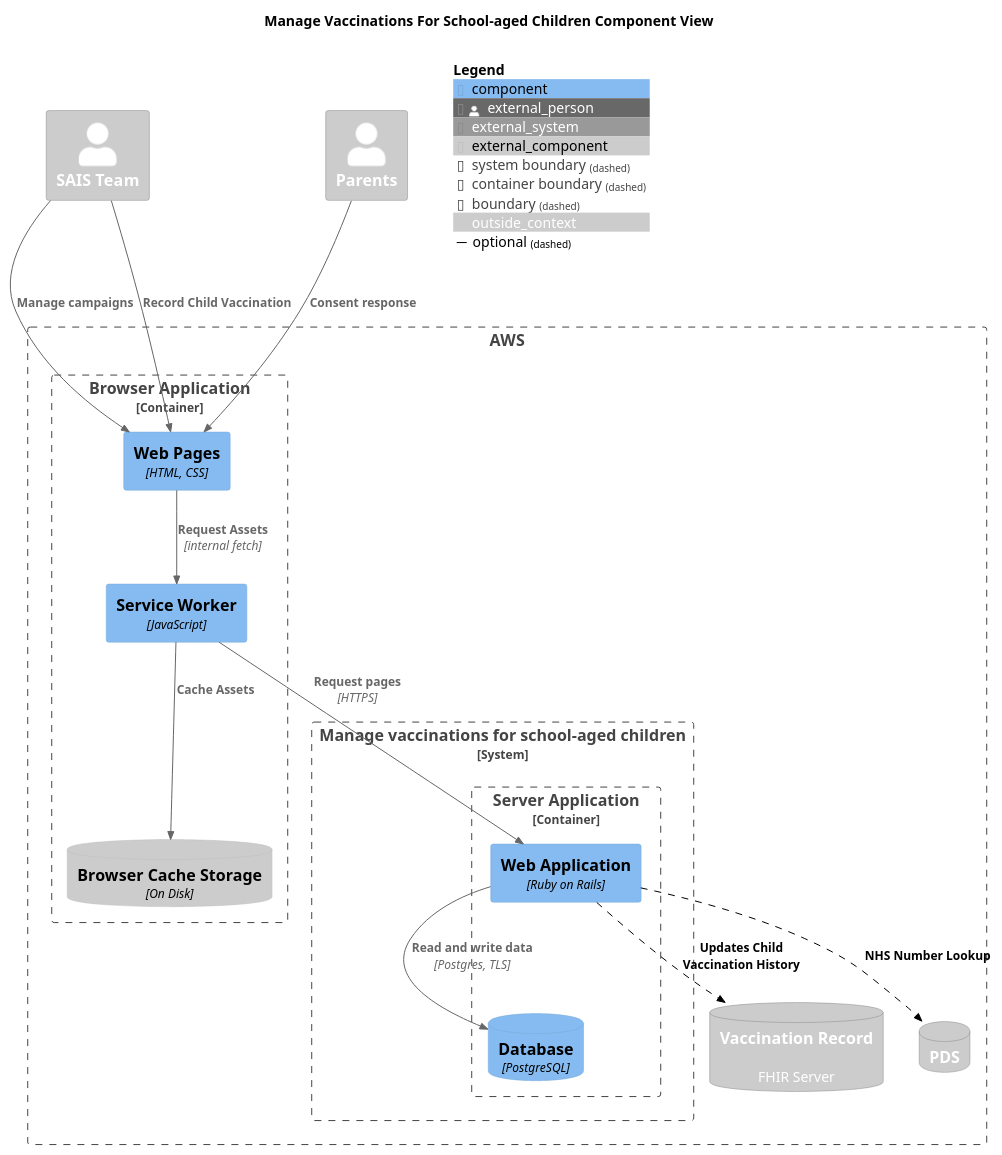
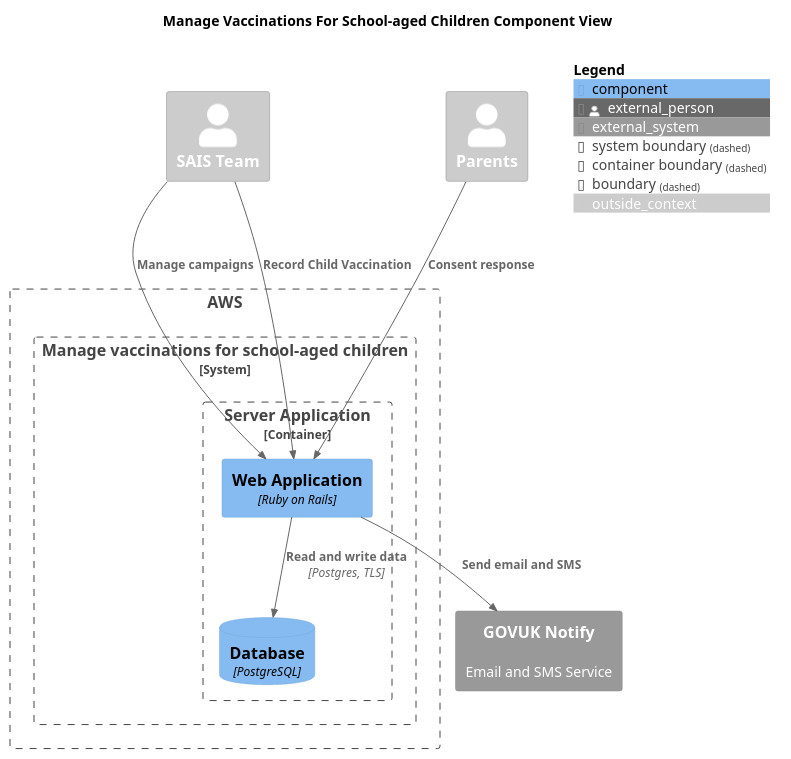
Before and after one commit to nhsuk/manage-vaccinations-in-schools: the diagram in docs/diagrams/component-view.puml, drawn with PlantUML. The commit also changed 6 other files, not shown here.

Commit message:
Update architecture docs adding govuk notify etc

```diff
--- a/docs/diagrams/component-view.puml
+++ b/docs/diagrams/component-view.puml
@@ -1,49 +1,36 @@
 @startuml
 
 !include <C4/C4_Component.puml>
 
 LAYOUT_TOP_DOWN()
 
 title "Manage Vaccinations For School-aged Children Component View"
 
 AddElementTag("outside_context", $bgColor="#CCC", $fontColor="#FFF")
 
 Person_Ext(sais, "SAIS Team", $tags="outside_context")
 Person_Ext(parents, "Parents", $tags="outside_context")
 
 Boundary(aws, "AWS") {
-    Container_Boundary(browser, "Browser Application", "JavaScript") {
-      Component(pages, "Web Pages", "HTML, CSS")
-      Component(serviceWorker, "Service Worker", "JavaScript")
-      ComponentDb_Ext(cacheStorage, "Browser Cache Storage", "On Disk")
-    }
   System_Boundary(manage, "Manage vaccinations for school-aged children", "") {
     Container_Boundary(server, "Server Application", "Ruby on Rails") {
       Component(webapp, "Web Application", "Ruby on Rails")
       ComponentDb(database, "Database", "PostgreSQL")
     }
   }
+}
+System_Ext(govukNotify, "GOVUK Notify", "Email and SMS Service")
 
-  SystemDb_Ext(vaccineRecord, "Vaccination Record", "FHIR Server")
-  SystemDb_Ext(pds, "PDS", "")
-}
-
-SystemDb_Ext(vaccineRecord, "Vaccination Record", "FHIR Server", $tags="outside_context")
-SystemDb_Ext(pds, "PDS", "", $tags="outside_context")
 
 AddRelTag("optional", $textColor="black", $lineColor="black", $lineStyle="dashed")
 
-Rel(sais, pages, "Manage campaigns")
-Rel(sais, pages, "Record Child Vaccination")
-Rel(parents, pages, "Consent response")
-Rel(pages, serviceWorker, "Request Assets", "internal fetch")
-Rel(serviceWorker, cacheStorage, "Cache Assets")
-Rel(serviceWorker, webapp, "Request pages", "HTTPS")
+Rel(sais, webapp, "Manage campaigns")
+Rel(sais, webapp, "Record Child Vaccination")
+Rel(parents, webapp, "Consent response")
 Rel(webapp, database, "Read and write data", "Postgres, TLS")
-Rel(webapp, vaccineRecord, "Updates Child Vaccination History", $tags="optional")
-Rel(webapp, pds, "NHS Number Lookup", $tags="optional")
+Rel(webapp, govukNotify, "Send email and SMS")
 
 
 SHOW_FLOATING_LEGEND()
 
 @enduml
```
